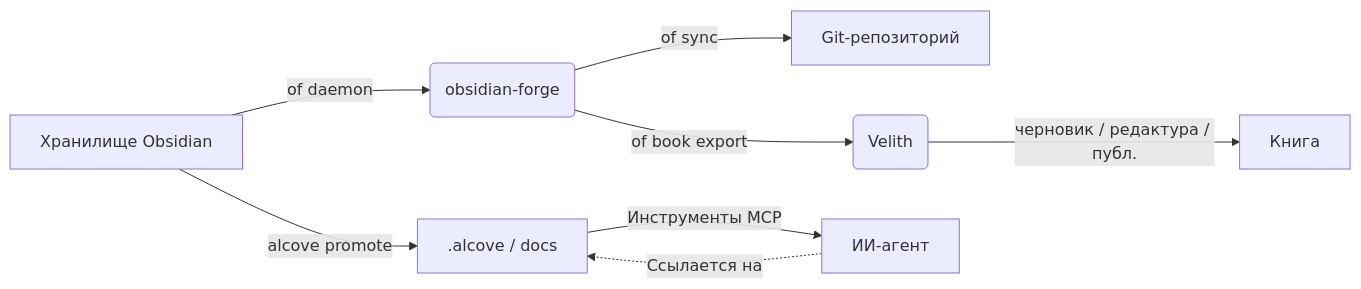
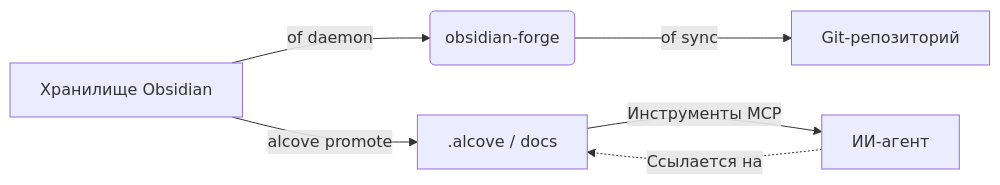
One commit to epicsagas/obsidian-forge changed the diagram in docs/README_ru.md. Above: the diagram before and after it, drawn with Mermaid. The commit also changed other lines of this file and 13 other files, not shown here.

````diff
--- a/docs/README_ru.md
+++ b/docs/README_ru.md
@@ -397,10 +351,8 @@
 ```mermaid
 graph LR
     A[Хранилище Obsidian] -->|of daemon| B(obsidian-forge)
     B -->|of sync| C[Git-репозиторий]
     A -->|alcove promote| D[.alcove / docs]
     D -->|Инструменты MCP| E[ИИ-агент]
     E -.->|Ссылается на| D
-    B -->|of book export| F(Velith)
-    F -->|черновик / редактура / публ.| G[Книга]
 ```
````
